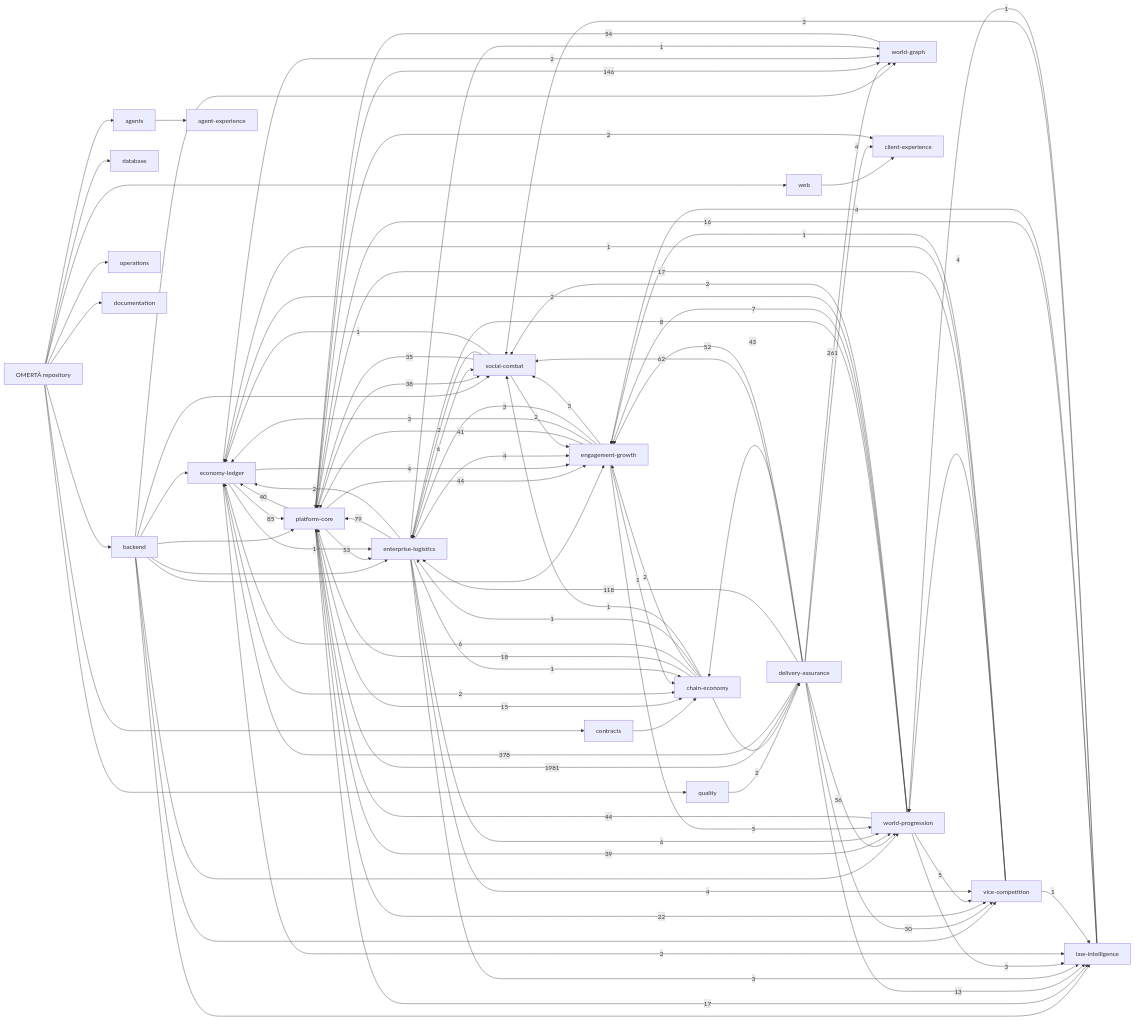
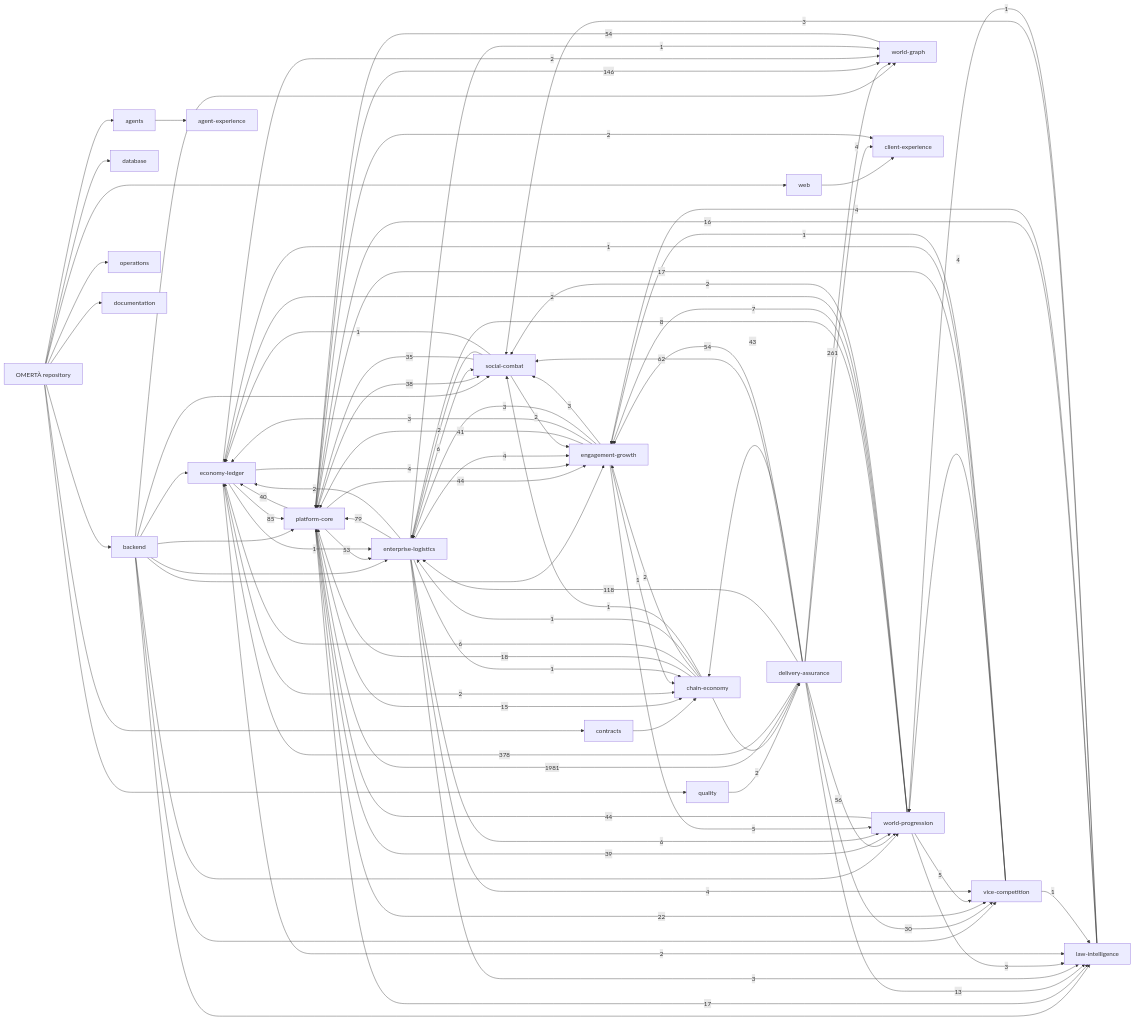
One commit to OmertaDev/Omerta changed the diagram in knowledge/generated/graph.mmd. Above: the diagram before and after it, drawn with Mermaid. The commit also changed 5 other files, not shown here.

```diff
--- a/knowledge/generated/graph.mmd
+++ b/knowledge/generated/graph.mmd
@@ -1,113 +1,113 @@
 flowchart LR
   repo["OMERTÀ repository"]
   sub_backend["backend"]
   repo --> sub_backend
   sub_database["database"]
   repo --> sub_database
   sub_web["web"]
   repo --> sub_web
   sub_contracts["contracts"]
   repo --> sub_contracts
   sub_agents["agents"]
   repo --> sub_agents
   sub_quality["quality"]
   repo --> sub_quality
   sub_operations["operations"]
   repo --> sub_operations
   sub_documentation["documentation"]
   repo --> sub_documentation
   dom_platform-core["platform-core"]
   dom_economy-ledger["economy-ledger"]
   dom_social-combat["social-combat"]
   dom_world-progression["world-progression"]
   dom_world-graph["world-graph"]
   dom_enterprise-logistics["enterprise-logistics"]
   dom_vice-competition["vice-competition"]
   dom_law-intelligence["law-intelligence"]
   dom_chain-economy["chain-economy"]
   dom_engagement-growth["engagement-growth"]
   dom_client-experience["client-experience"]
   dom_agent-experience["agent-experience"]
   dom_delivery-assurance["delivery-assurance"]
   sub_agents --> dom_agent-experience
   sub_backend --> dom_economy-ledger
   sub_backend --> dom_engagement-growth
   sub_backend --> dom_enterprise-logistics
   sub_backend --> dom_law-intelligence
   sub_backend --> dom_platform-core
   sub_backend --> dom_social-combat
   sub_backend --> dom_vice-competition
   sub_backend --> dom_world-graph
   sub_backend --> dom_world-progression
   sub_contracts --> dom_chain-economy
   sub_quality --> dom_delivery-assurance
   sub_web --> dom_client-experience
   dom_delivery-assurance -->|1981| dom_platform-core
   dom_delivery-assurance -->|378| dom_economy-ledger
   dom_delivery-assurance -->|261| dom_world-graph
   dom_platform-core -->|146| dom_world-graph
   dom_delivery-assurance -->|118| dom_enterprise-logistics
   dom_economy-ledger -->|85| dom_platform-core
   dom_enterprise-logistics -->|79| dom_platform-core
   dom_delivery-assurance -->|62| dom_social-combat
   dom_delivery-assurance -->|56| dom_world-progression
+  dom_delivery-assurance -->|54| dom_engagement-growth
   dom_world-graph -->|54| dom_platform-core
   dom_platform-core -->|53| dom_enterprise-logistics
-  dom_delivery-assurance -->|52| dom_engagement-growth
   dom_platform-core -->|44| dom_engagement-growth
   dom_world-progression -->|44| dom_platform-core
   dom_delivery-assurance -->|43| dom_chain-economy
   dom_engagement-growth -->|41| dom_platform-core
   dom_platform-core -->|40| dom_economy-ledger
   dom_platform-core -->|39| dom_world-progression
   dom_platform-core -->|38| dom_social-combat
   dom_social-combat -->|35| dom_platform-core
   dom_delivery-assurance -->|30| dom_vice-competition
   dom_platform-core -->|22| dom_vice-competition
   dom_chain-economy -->|18| dom_platform-core
   dom_platform-core -->|17| dom_law-intelligence
   dom_vice-competition -->|17| dom_platform-core
   dom_law-intelligence -->|16| dom_platform-core
   dom_platform-core -->|15| dom_chain-economy
   dom_delivery-assurance -->|13| dom_law-intelligence
   dom_world-progression -->|8| dom_enterprise-logistics
   dom_world-progression -->|7| dom_engagement-growth
   dom_chain-economy -->|6| dom_economy-ledger
   dom_enterprise-logistics -->|6| dom_social-combat
   dom_enterprise-logistics -->|6| dom_world-progression
   dom_engagement-growth -->|5| dom_world-progression
   dom_world-progression -->|5| dom_vice-competition
   dom_delivery-assurance -->|4| dom_client-experience
   dom_economy-ledger -->|4| dom_engagement-growth
   dom_enterprise-logistics -->|4| dom_engagement-growth
   dom_enterprise-logistics -->|4| dom_vice-competition
   dom_law-intelligence -->|4| dom_engagement-growth
   dom_vice-competition -->|4| dom_world-progression
   dom_engagement-growth -->|3| dom_economy-ledger
   dom_engagement-growth -->|3| dom_enterprise-logistics
   dom_engagement-growth -->|3| dom_social-combat
   dom_enterprise-logistics -->|3| dom_law-intelligence
   dom_law-intelligence -->|3| dom_social-combat
   dom_world-progression -->|3| dom_law-intelligence
   dom_chain-economy -->|2| dom_delivery-assurance
   dom_chain-economy -->|2| dom_engagement-growth
   dom_economy-ledger -->|2| dom_chain-economy
   dom_economy-ledger -->|2| dom_law-intelligence
   dom_economy-ledger -->|2| dom_world-graph
   dom_enterprise-logistics -->|2| dom_economy-ledger
   dom_platform-core -->|2| dom_client-experience
   dom_social-combat -->|2| dom_engagement-growth
   dom_social-combat -->|2| dom_enterprise-logistics
   dom_world-progression -->|2| dom_economy-ledger
   dom_world-progression -->|2| dom_social-combat
   dom_chain-economy -->|1| dom_enterprise-logistics
   dom_chain-economy -->|1| dom_social-combat
   dom_economy-ledger -->|1| dom_enterprise-logistics
   dom_engagement-growth -->|1| dom_chain-economy
   dom_enterprise-logistics -->|1| dom_chain-economy
   dom_enterprise-logistics -->|1| dom_world-graph
   dom_law-intelligence -->|1| dom_world-progression
   dom_social-combat -->|1| dom_economy-ledger
   dom_vice-competition -->|1| dom_economy-ledger
   dom_vice-competition -->|1| dom_engagement-growth
   dom_vice-competition -->|1| dom_law-intelligence
```
